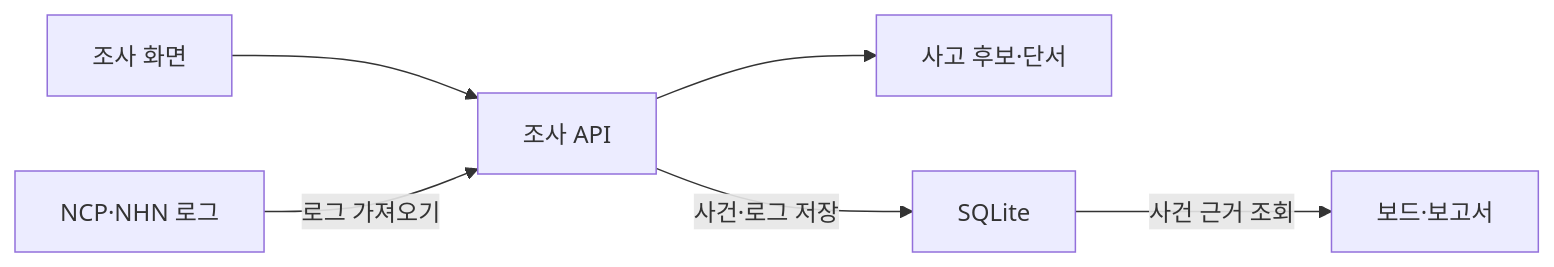
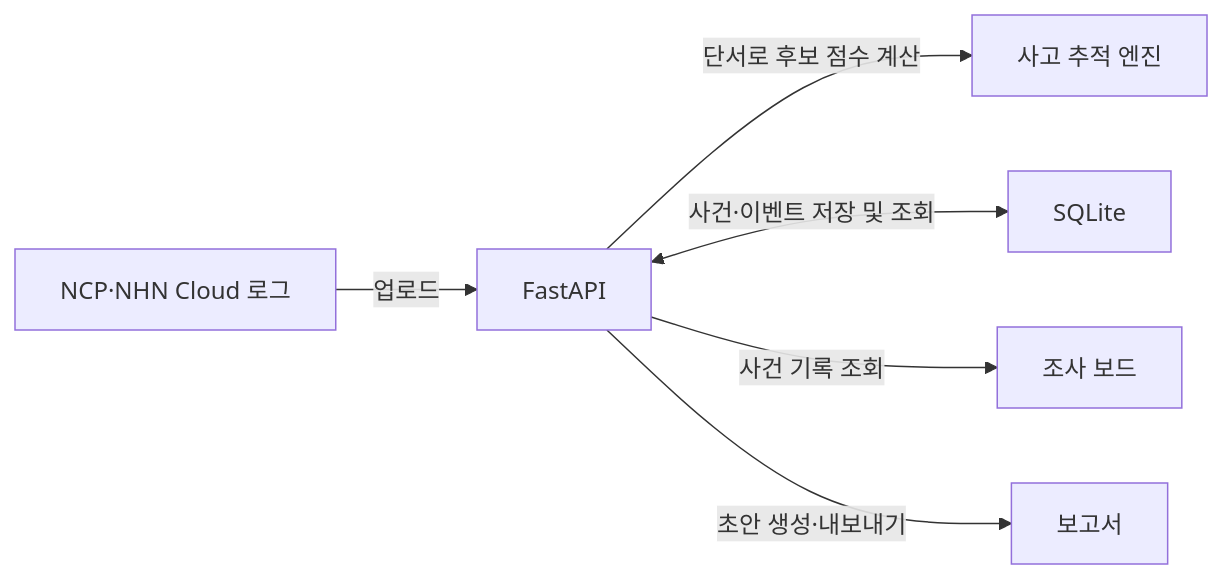
The first of 2 diagrams in docs/investigation-board.md (acvbbnm/cloud), drawn with Mermaid before and after one commit. The commit also changed other lines of this file and 26 other files, not shown here.

```diff
--- a/docs/investigation-board.md
+++ b/docs/investigation-board.md
@@ -13,8 +13,8 @@
 ~~~mermaid
 flowchart LR
-    UI["조사 화면"] --> API["조사 API"]
-    LOG["NCP·NHN 로그"] -->|"로그 가져오기"| API
-    API --> ENGINE["사고 후보·단서"]
-    API -->|"사건·로그 저장"| DB["SQLite"]
-    DB -->|"사건 근거 조회"| OUT["보드·보고서"]
+    LOG["NCP·NHN Cloud 로그"] -->|"업로드"| API["FastAPI"]
+    API -->|"단서로 후보 점수 계산"| ENGINE["사고 추적 엔진"]
+    API <-->|"사건·이벤트 저장 및 조회"| DB["SQLite"]
+    API -->|"사건 기록 조회"| BOARD["조사 보드"]
+    API -->|"초안 생성·내보내기"| REPORT["보고서"]
 ~~~
```
